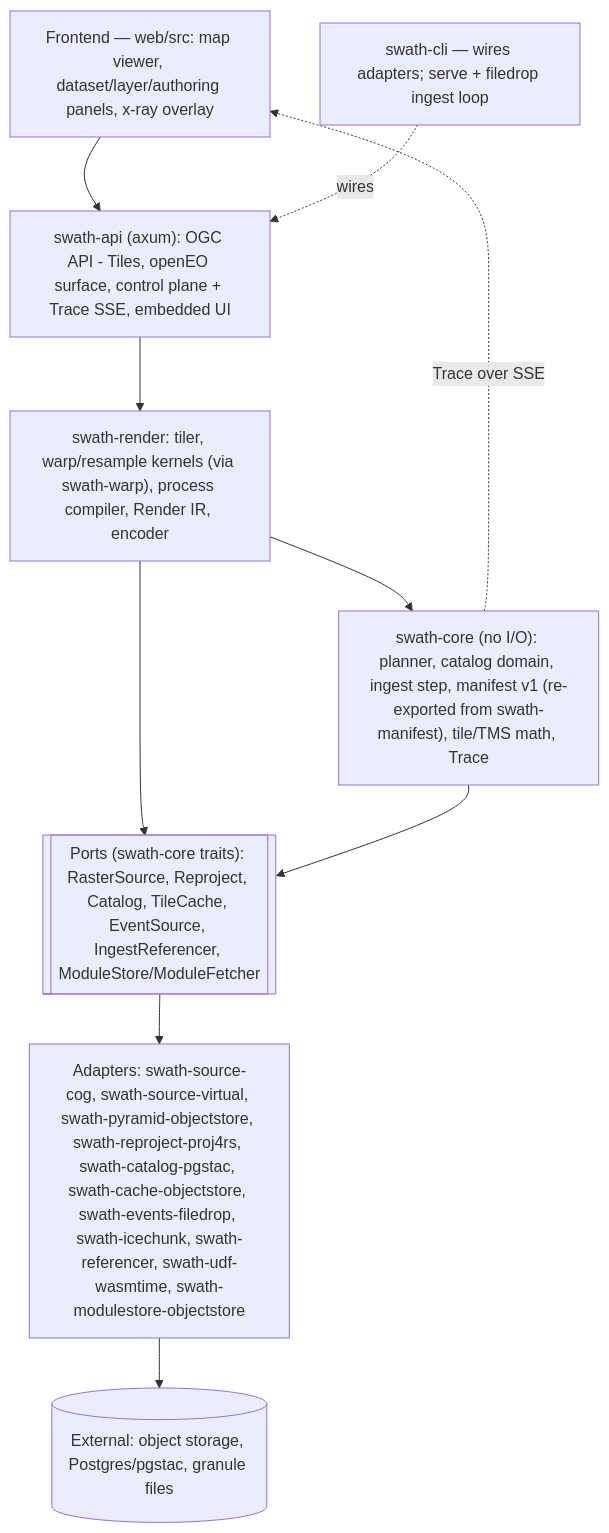
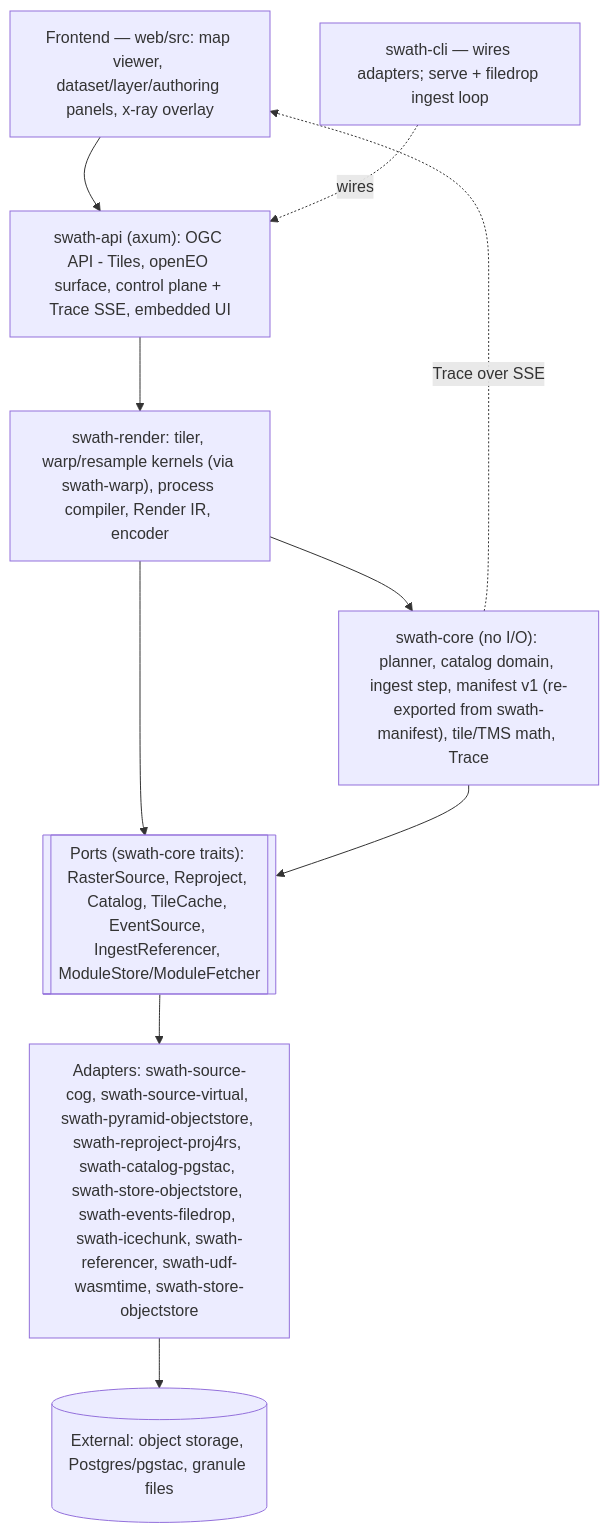
The diagram in docs/ARCHITECTURE.md (forgo/swath), drawn with Mermaid before and after one commit. The commit also changed other lines of this file and 33 other files, not shown here.

First line of the commit message:
refactor: one warp bridge in swath-render; one object_store adapter crate; ReferencerError's twin explained (#369)

````diff
--- a/docs/ARCHITECTURE.md
+++ b/docs/ARCHITECTURE.md
@@ -44,17 +44,17 @@
 ```mermaid
 flowchart TB
   FE["Frontend — web/src: map viewer, dataset/layer/authoring panels, x-ray overlay"]
   IN["swath-api (axum): OGC API - Tiles, openEO surface, control plane + Trace SSE, embedded UI"]
   RENDER["swath-render: tiler, warp/resample kernels (via swath-warp), process compiler, Render IR, encoder"]
   CORE["swath-core (no I/O): planner, catalog domain, ingest step, manifest v1 (re-exported from swath-manifest), tile/TMS math, Trace"]
   PORTS[["Ports (swath-core traits): RasterSource, Reproject, Catalog, TileCache, EventSource, IngestReferencer, ModuleStore/ModuleFetcher"]]
-  ADS["Adapters: swath-source-cog, swath-source-virtual, swath-pyramid-objectstore, swath-reproject-proj4rs, swath-catalog-pgstac, swath-cache-objectstore, swath-events-filedrop, swath-icechunk, swath-referencer, swath-udf-wasmtime, swath-modulestore-objectstore"]
+  ADS["Adapters: swath-source-cog, swath-source-virtual, swath-pyramid-objectstore, swath-reproject-proj4rs, swath-catalog-pgstac, swath-store-objectstore, swath-events-filedrop, swath-icechunk, swath-referencer, swath-udf-wasmtime, swath-store-objectstore"]
   EXT[("External: object storage, Postgres/pgstac, granule files")]
   CLI["swath-cli — wires adapters; serve + filedrop ingest loop"]
 
   FE --> IN --> RENDER --> CORE
   RENDER --> PORTS
   CORE --> PORTS --> ADS --> EXT
   CLI -. wires .-> IN
   CORE -. Trace over SSE .-> FE
 ```
````
